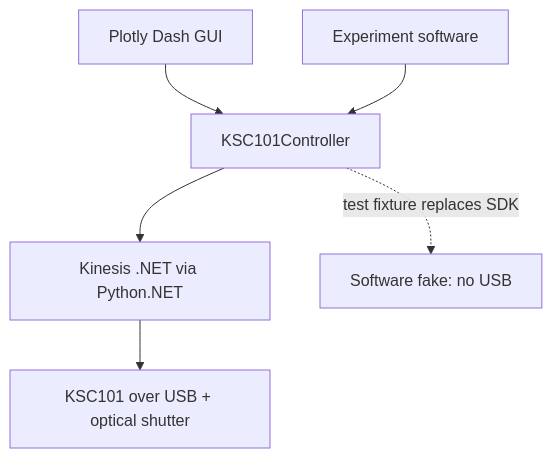
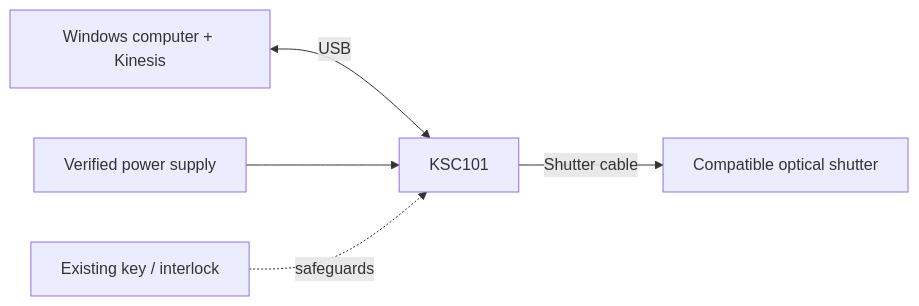
Before and after one commit to cct1123/thorlabs-shutter-control: the diagram in README.md, drawn with Mermaid. The commit also changed other lines of this file and 4 other files, not shown here.

````diff
--- a/README.md
+++ b/README.md
@@ -54,8 +52,7 @@
 ```mermaid
-flowchart TD
-    G[Plotly Dash GUI] --> C[KSC101Controller]
-    X[Experiment software] --> C
-    C --> K[Kinesis .NET via Python.NET]
-    K --> H[KSC101 over USB + optical shutter]
-    C -. test fixture replaces SDK .-> F[Software fake: no USB]
+flowchart LR
+    PC[Windows computer + Kinesis] <-->|USB| K[KSC101]
+    P[Verified power supply] --> K
+    K -->|Shutter cable| S[Compatible optical shutter]
+    I[Existing key / interlock] -. safeguards .-> K
 ```
````
